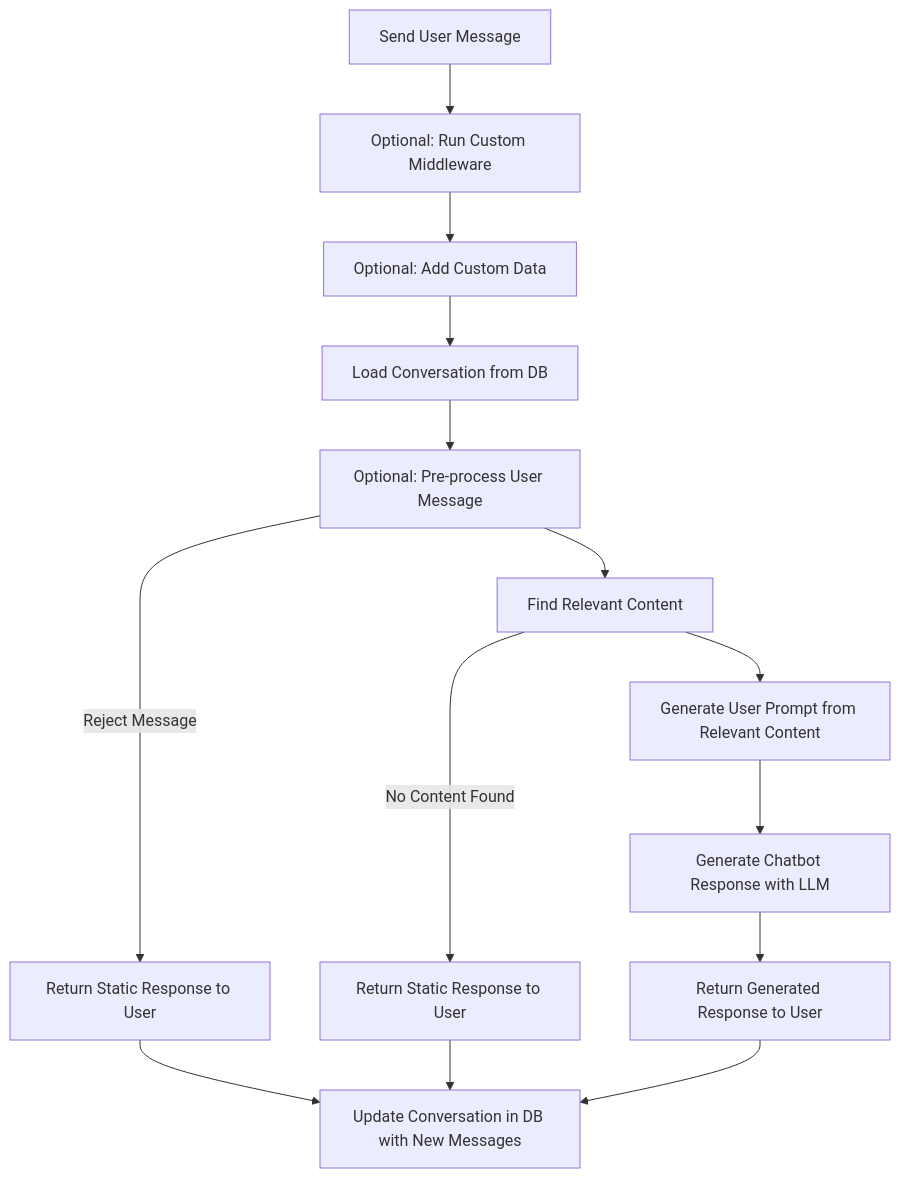
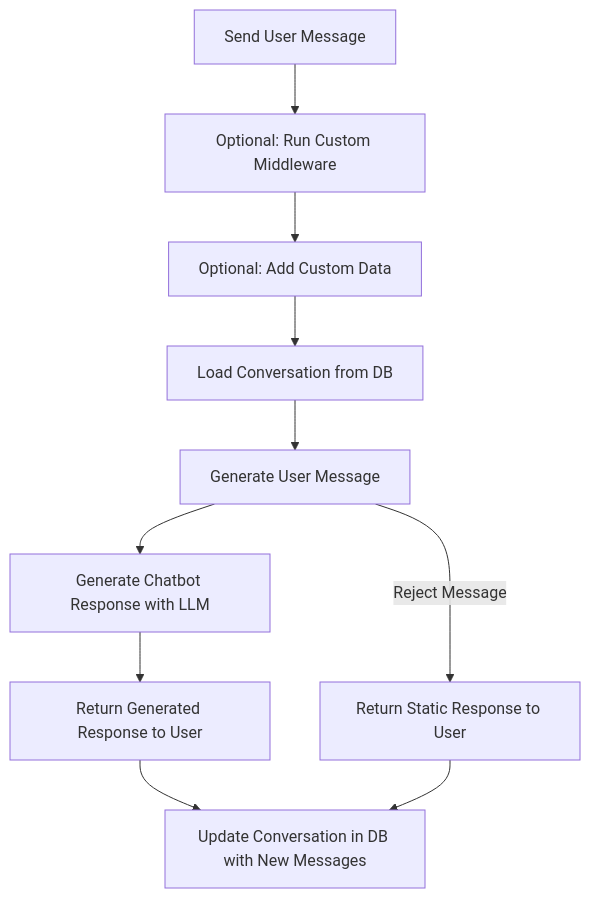
The diagram in docs/docs/server/conversations.md (mongodb/chatbot), drawn with Mermaid before and after one commit. The commit also changed other lines of this file and 22 other files, not shown here.

````diff
--- a/docs/docs/server/conversations.md
+++ b/docs/docs/server/conversations.md
@@ -56,16 +51,12 @@
 ```mermaid
 graph TD
     SEND[Send User Message] --> MID[Optional: Run Custom Middleware]
     MID --> CD[Optional: Add Custom Data]
     CD --> LOAD[Load Conversation from DB]
-    LOAD --> PREP[Optional: Pre-process User Message]
-    PREP -->|Reject Message| REJ[Return Static Response to User]
-    PREP --> FIND[Find Relevant Content]
-    FIND -->|No Content Found| NOCO[Return Static Response to User]
-    FIND --> USER[Generate User Prompt from Relevant Content]
-    USER --> LLM[Generate Chatbot Response with LLM]
+    LOAD --> GUM[Generate User Message]
+    GUM -->|Reject Message| REJ[Return Static Response to User]
+    GUM --> LLM[Generate Chatbot Response with LLM]
     LLM --> RES[Return Generated Response to User]
     RES --> UPDATE[Update Conversation in DB with New Messages]
     REJ --> UPDATE
-    NOCO --> UPDATE
 ```
````
